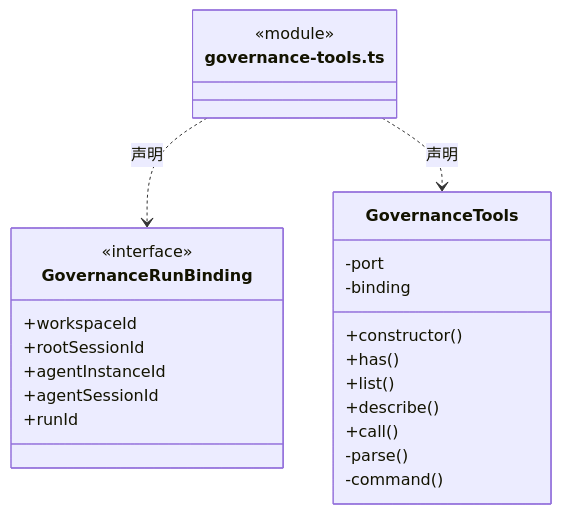
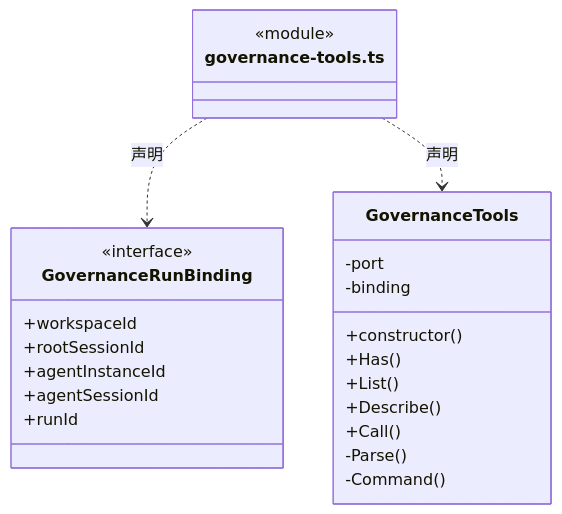
The tenth of 24 diagrams in src/logic/tools/runtime/ARCHITECTURE.md (nan023062/cbim), drawn with Mermaid before and after one commit. The commit also changed other lines of this file and 1035 other files, not shown here.

````diff
--- a/src/logic/tools/runtime/ARCHITECTURE.md
+++ b/src/logic/tools/runtime/ARCHITECTURE.md
@@ -267,27 +267,27 @@
 ```mermaid
 classDiagram
 class N_src_logic_tools_runtime_governance_tools_ts["governance-tools.ts"] {
   <<module>>
 }
 class N_src_logic_tools_runtime_governance_tools_ts_GovernanceRunBinding["GovernanceRunBinding"] {
   <<interface>>
   +workspaceId
   +rootSessionId
   +agentInstanceId
   +agentSessionId
   +runId
 }
 N_src_logic_tools_runtime_governance_tools_ts ..> N_src_logic_tools_runtime_governance_tools_ts_GovernanceRunBinding : 声明
 class N_src_logic_tools_runtime_governance_tools_ts_GovernanceTools["GovernanceTools"] {
   +constructor()
-  +has()
-  +list()
-  +describe()
-  +call()
+  +Has()
+  +List()
+  +Describe()
+  +Call()
   -port
   -binding
-  -parse()
-  -command()
+  -Parse()
+  -Command()
 }
 N_src_logic_tools_runtime_governance_tools_ts ..> N_src_logic_tools_runtime_governance_tools_ts_GovernanceTools : 声明
 ```
````
